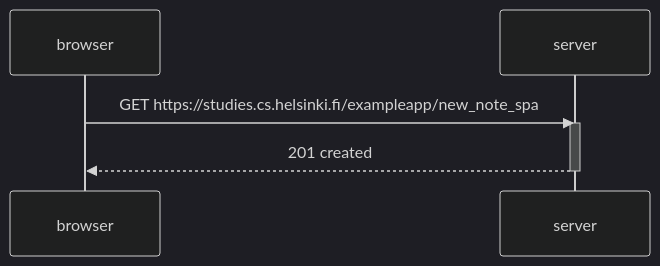
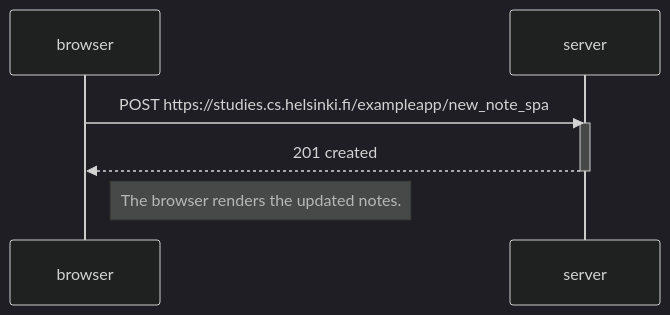
The diagram in 0/0.6.md (HenryVag/FullstackOpen_Palautus), drawn with Mermaid (dark theme) before and after one commit.

````diff
--- a/0/0.6.md
+++ b/0/0.6.md
@@ -1,10 +1,11 @@
 ```mermaid
     sequenceDiagram
     participant browser
     participant server
     
-    browser->>server: GET https://studies.cs.helsinki.fi/exampleapp/new_note_spa
+    browser->>server: POST https://studies.cs.helsinki.fi/exampleapp/new_note_spa
     activate server
     server-->>browser: 201 created
     deactivate server
+    Note right of browser: The browser renders the updated notes.
 ```
````
